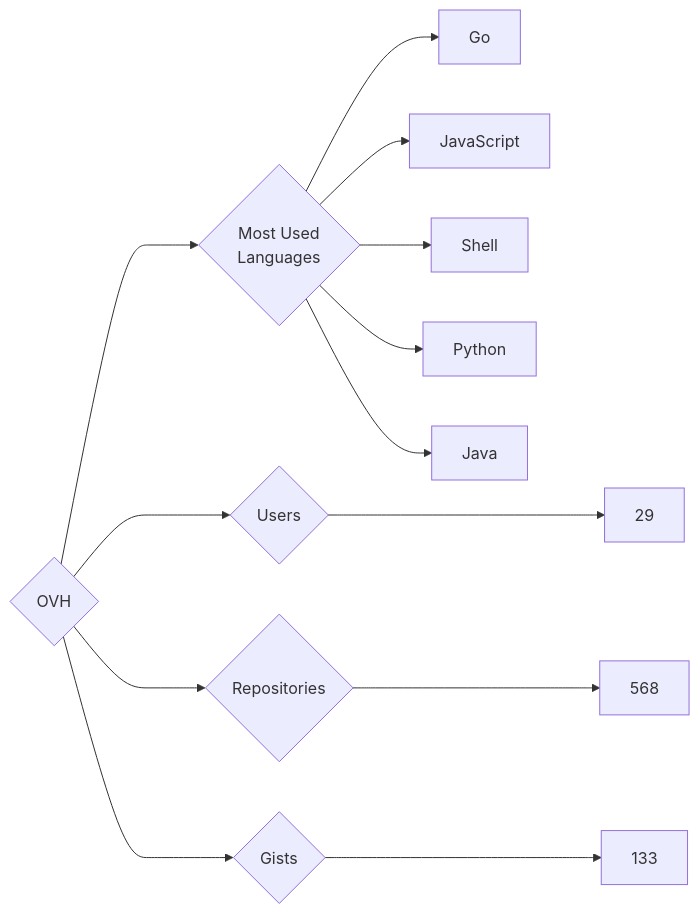
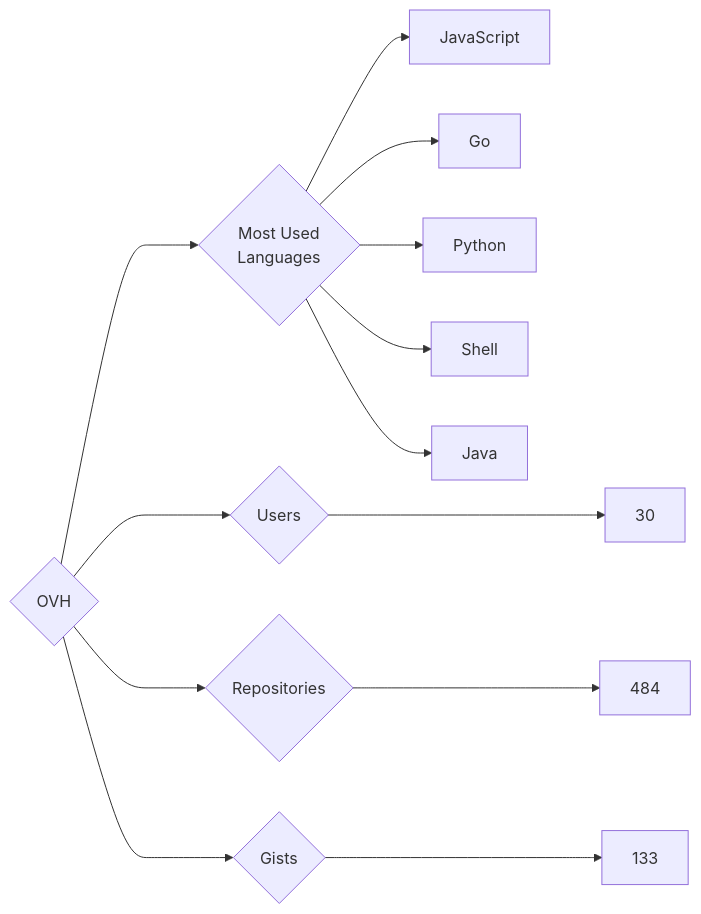
Before and after one commit to trickest/insiders: the diagram in targets/OVH/README.md, drawn with Mermaid. The commit also changed 895 other files, not shown here.

````diff
--- a/targets/OVH/README.md
+++ b/targets/OVH/README.md
@@ -3,13 +3,13 @@
 ```mermaid
 graph LR
 COMPANY_NAME{OVH}
-COMPANY_NAME ---> U{Users} ---> UN[29]
-COMPANY_NAME ---> R{Repositories} ---> RN[568]
+COMPANY_NAME ---> U{Users} ---> UN[30]
+COMPANY_NAME ---> R{Repositories} ---> RN[484]
 COMPANY_NAME ---> G{Gists} ---> GN[133]
 COMPANY_NAME ---> ML{Most Used<br>Languages}
+ML --> JavaScript[JavaScript]
 ML --> Go[Go]
-ML --> JavaScript[JavaScript]
+ML --> Python[Python]
 ML --> Shell[Shell]
-ML --> Python[Python]
 ML --> Java[Java]
 ```
````
